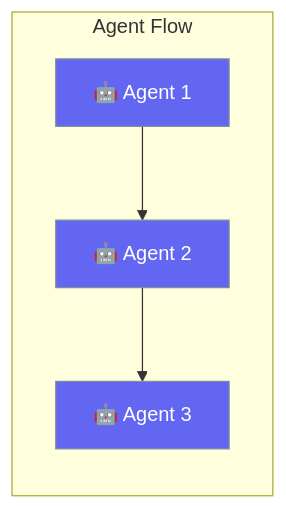
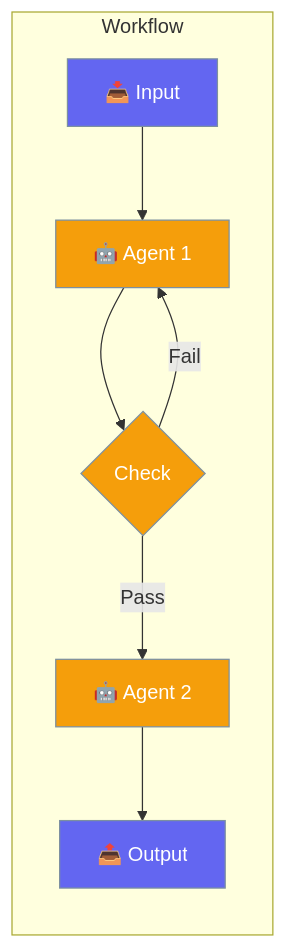
One commit to MervinPraison/PraisonAIDocs changed the diagram in docs/rust/flow.mdx. Above: the diagram before and after it, drawn with Mermaid. The commit also changed other lines of this file and 87 other files, not shown here.

````diff
--- a/docs/rust/flow.mdx
+++ b/docs/rust/flow.mdx
@@ -10,11 +10,17 @@
 ```mermaid
 graph LR
-    subgraph "Agent Flow"
-        A1[🤖 Agent 1] --> A2[🤖 Agent 2]
-        A2 --> A3[🤖 Agent 3]
+    subgraph "Workflow"
+        S[📥 Input] --> A1[🤖 Agent 1]
+        A1 --> C{Check}
+        C --> |Pass| A2[🤖 Agent 2]
+        C --> |Fail| A1
+        A2 --> O[📤 Output]
     end
     
-    classDef agent fill:#6366F1,stroke:#7C90A0,color:#fff
+    classDef io fill:#6366F1,stroke:#7C90A0,color:#fff
+    classDef agent fill:#F59E0B,stroke:#7C90A0,color:#fff
+    classDef output fill:#10B981,stroke:#7C90A0,color:#fff
     
-    class A1,A2,A3 agent
+    class S,O io
+    class A1,A2,C agent
 ```
````
